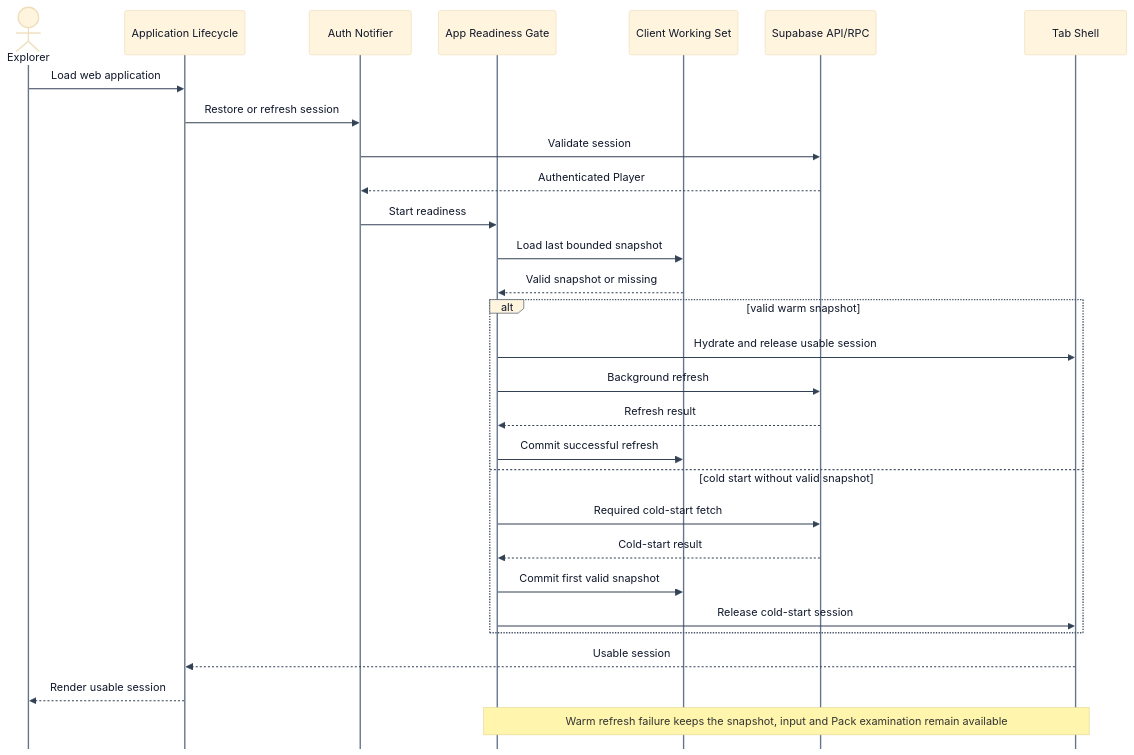
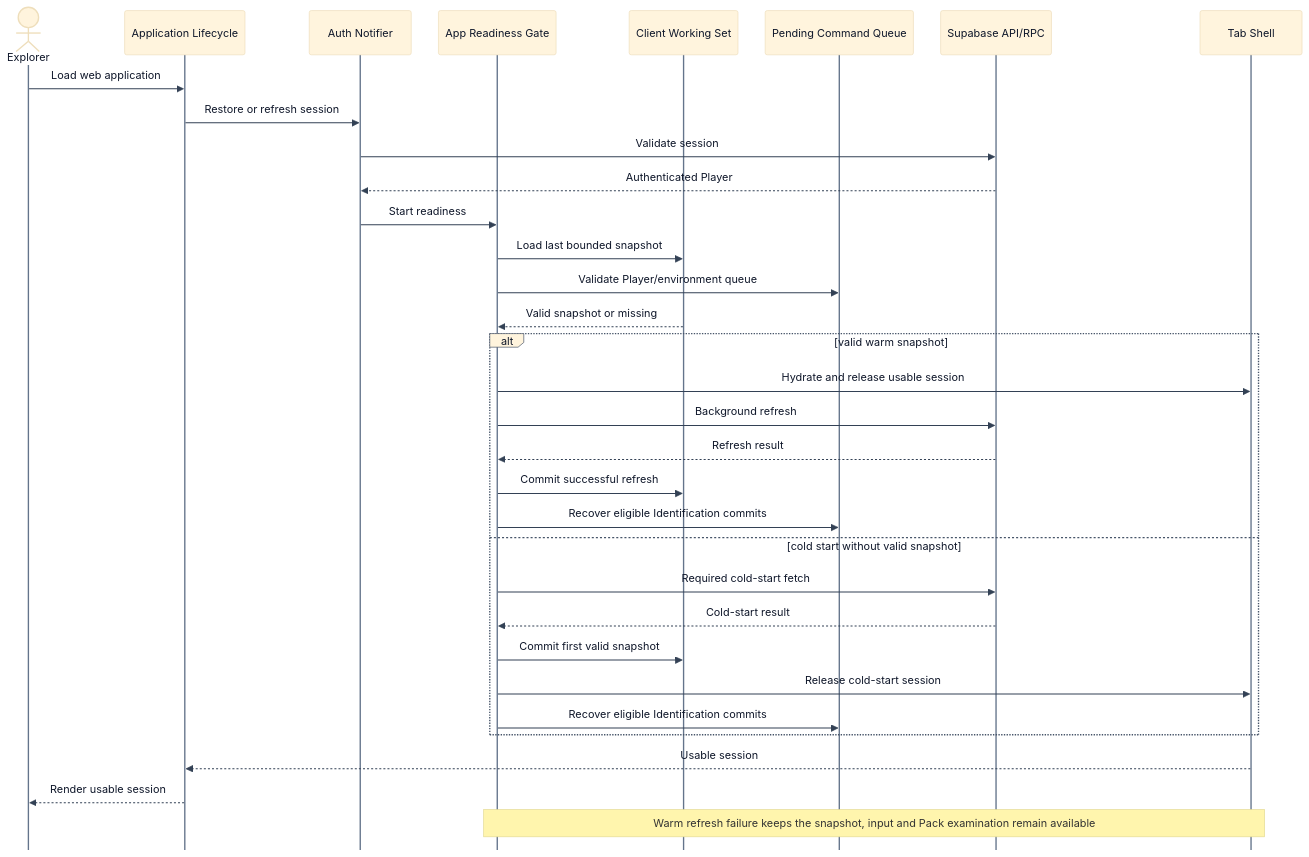
One commit to JMLegere/geo-app changed the diagram in docs/c4/09-dynamic-app-readiness.mmd. Above: the diagram before and after it, drawn with Mermaid. The commit also changed 31 other files, not shown here.

First line of the commit message:
feat(sync): recover identification commits durably

```diff
--- a/docs/c4/09-dynamic-app-readiness.mmd
+++ b/docs/c4/09-dynamic-app-readiness.mmd
@@ -1,32 +1,36 @@
 %% GENERATED by scripts/generate_c4_diagrams.py — do not edit.
 %%{init: {'theme': 'base', 'themeVariables': {'background': '#ffffff', 'primaryTextColor': '#0f172a', 'lineColor': '#475569', 'fontFamily': 'Arial, sans-serif', 'edgeLabelBackground': '#ffffff', 'actorLineColor': '#64748b', 'signalColor': '#334155', 'labelBoxBorderColor': '#475569', 'labelTextColor': '#0f172a', 'loopLineColor': '#64748b', 'loopTextColor': '#0f172a'}, 'sequence': {'mirrorActors': false, 'diagramMarginX': 30, 'diagramMarginY': 20, 'actorMargin': 40, 'messageMargin': 35}, 'flowchart': {'curve': 'linear', 'nodeSpacing': 40, 'rankSpacing': 55}}}%%
 sequenceDiagram
     actor Explorer
     participant App as Application Lifecycle
     participant Auth as Auth Notifier
     participant Ready as App Readiness Gate
     participant Cache as Client Working Set
+    participant Sync as Pending Command Queue
     participant API as Supabase API/RPC
     participant Shell as Tab Shell
 
     Explorer->>App: Load web application
     App->>Auth: Restore or refresh session
     Auth->>API: Validate session
     API-->>Auth: Authenticated Player
     Auth->>Ready: Start readiness
     Ready->>Cache: Load last bounded snapshot
+    Ready->>Sync: Validate Player/environment queue
     Cache-->>Ready: Valid snapshot or missing
     alt valid warm snapshot
         Ready->>Shell: Hydrate and release usable session
         Ready->>API: Background refresh
         API-->>Ready: Refresh result
         Ready->>Cache: Commit successful refresh
+        Ready->>Sync: Recover eligible Identification commits
     else cold start without valid snapshot
         Ready->>API: Required cold-start fetch
         API-->>Ready: Cold-start result
         Ready->>Cache: Commit first valid snapshot
         Ready->>Shell: Release cold-start session
+        Ready->>Sync: Recover eligible Identification commits
     end
     Shell-->>App: Usable session
     App-->>Explorer: Render usable session
     Note over Ready,Shell: Warm refresh failure keeps the snapshot, input and Pack examination remain available
```
